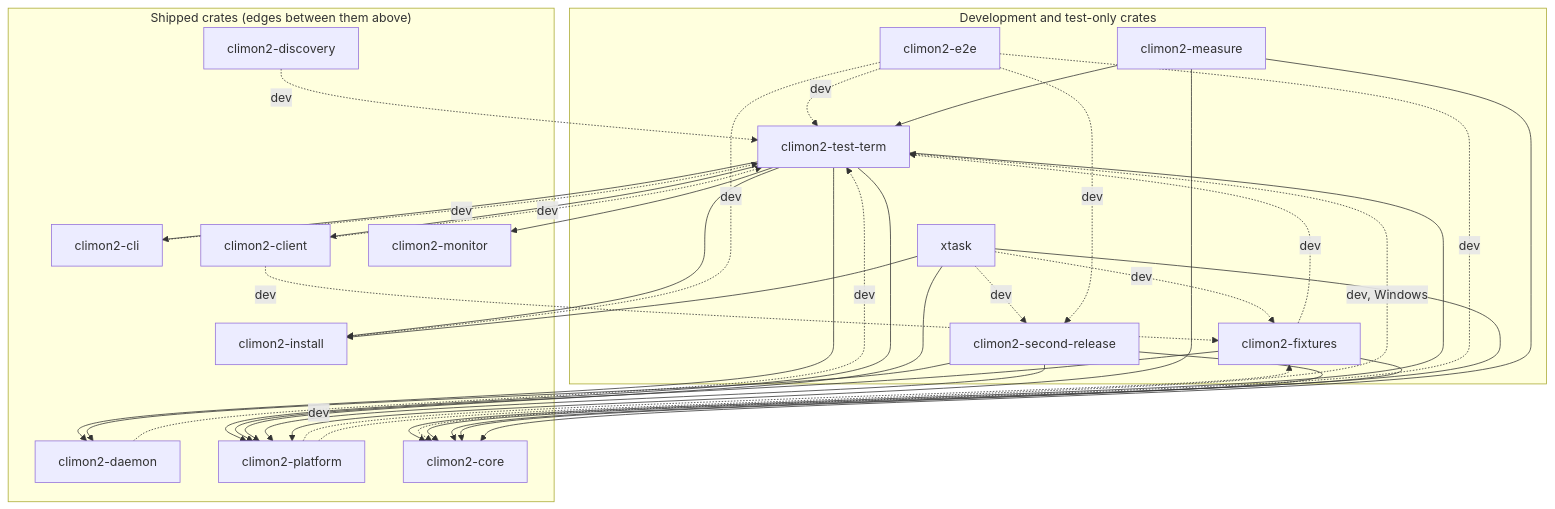
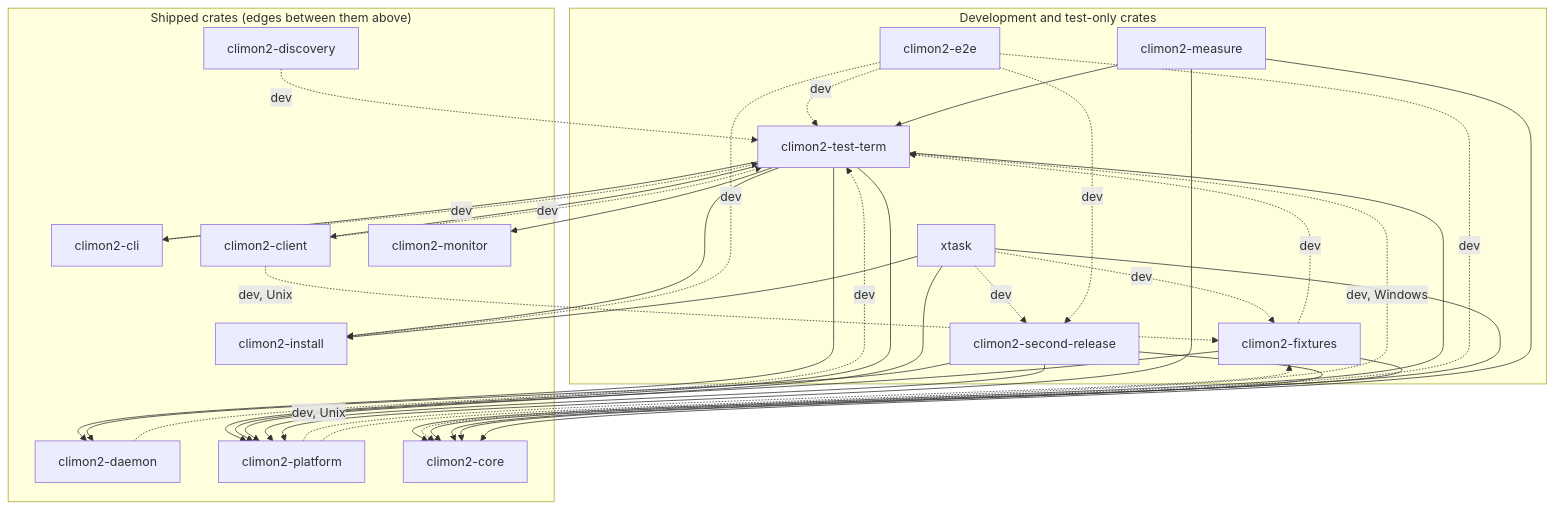
One commit to jackgeek/climon2 changed the second of 2 diagrams in docs/crate-relationships.md. Above: the diagram before and after it, drawn with Mermaid. The commit also changed other lines of this file and 20 other files, not shown here.

````diff
--- a/docs/crate-relationships.md
+++ b/docs/crate-relationships.md
@@ -63,55 +63,55 @@
 ```mermaid
 flowchart TB
     subgraph development["Development and test-only crates"]
         test_term["climon2-test-term"]
         e2e["climon2-e2e"]
         fixtures["climon2-fixtures"]
         xtask["xtask"]
         second["climon2-second-release"]
         measure["climon2-measure"]
     end
 
     subgraph shipped["Shipped crates (edges between them above)"]
         cli["climon2-cli"]
         discovery["climon2-discovery"]
         client["climon2-client"]
         daemon["climon2-daemon"]
         install["climon2-install"]
         monitor["climon2-monitor"]
         platform["climon2-platform"]
         core["climon2-core"]
     end
 
     cli -.->|"dev"| test_term
     discovery -.->|"dev"| test_term
     client -.->|"dev"| test_term
     daemon -.->|"dev"| test_term
     test_term --> cli
     test_term --> client
     test_term --> core
     test_term --> daemon
     test_term --> install
     test_term --> monitor
     test_term --> platform
     e2e -.->|"dev"| core
     e2e -.->|"dev"| install
     e2e -.->|"dev"| test_term
     fixtures --> core
     fixtures --> platform
     fixtures -.->|"dev"| test_term
-    platform -.->|"dev"| fixtures
+    platform -.->|"dev, Unix"| fixtures
     platform -.->|"dev, Windows"| test_term
-    client -.->|"dev"| fixtures
+    client -.->|"dev, Unix"| fixtures
     xtask --> core
     xtask --> install
     xtask --> platform
     xtask -.->|"dev"| fixtures
     xtask -.->|"dev"| second
     e2e -.->|"dev"| second
     second --> core
     second --> daemon
     second --> platform
     measure --> core
     measure --> platform
     measure --> test_term
 ```
````
